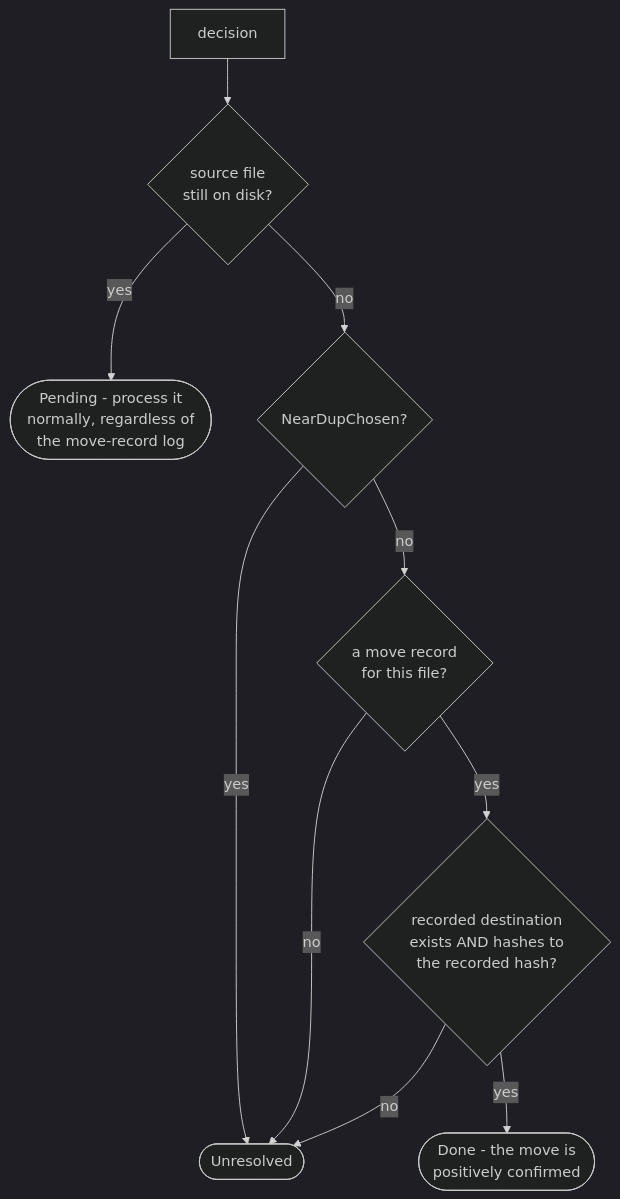
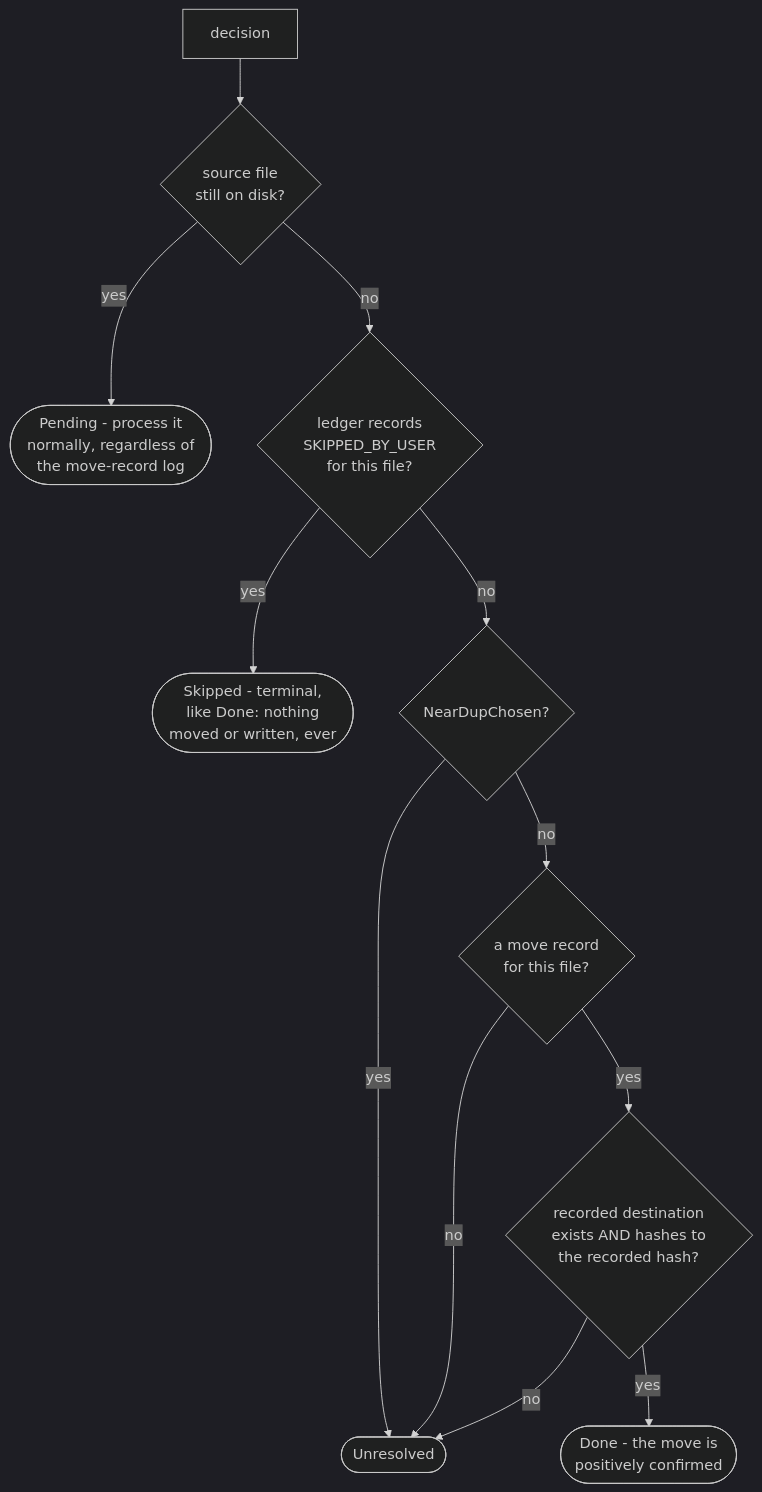
One commit to AdrianNachev91/sluice changed the third of 7 diagrams in app/docs/design/application/service/apply-engine.md. Above: the diagram before and after it, drawn with Mermaid (dark theme). The commit also changed other lines of this file and 15 other files, not shown here.

````diff
--- a/app/docs/design/application/service/apply-engine.md
+++ b/app/docs/design/application/service/apply-engine.md
@@ -95,12 +95,14 @@
 ```mermaid
 flowchart TD
     A["decision"] --> B{"source file<br/>still on disk?"}
     B -- yes --> C(["Pending - process it<br/>normally, regardless of<br/>the move-record log"])
-    B -- no --> D{"NearDupChosen?"}
+    B -- no --> S{"ledger records<br/>SKIPPED_BY_USER<br/>for this file?"}
+    S -- yes --> T(["Skipped - terminal,<br/>like Done: nothing<br/>moved or written, ever"])
+    S -- no --> D{"NearDupChosen?"}
     D -- yes --> E(["Unresolved"])
     D -- no --> F{"a move record<br/>for this file?"}
     F -- no --> E
     F -- yes --> G{"recorded destination<br/>exists AND hashes to<br/>the recorded hash?"}
     G -- no --> E
     G -- yes --> H(["Done - the move is<br/>positively confirmed"])
 ```
````
